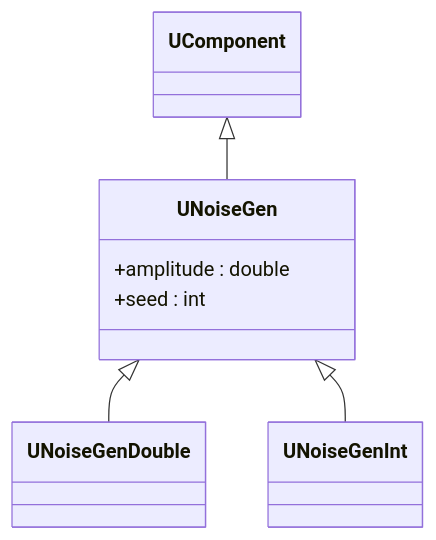
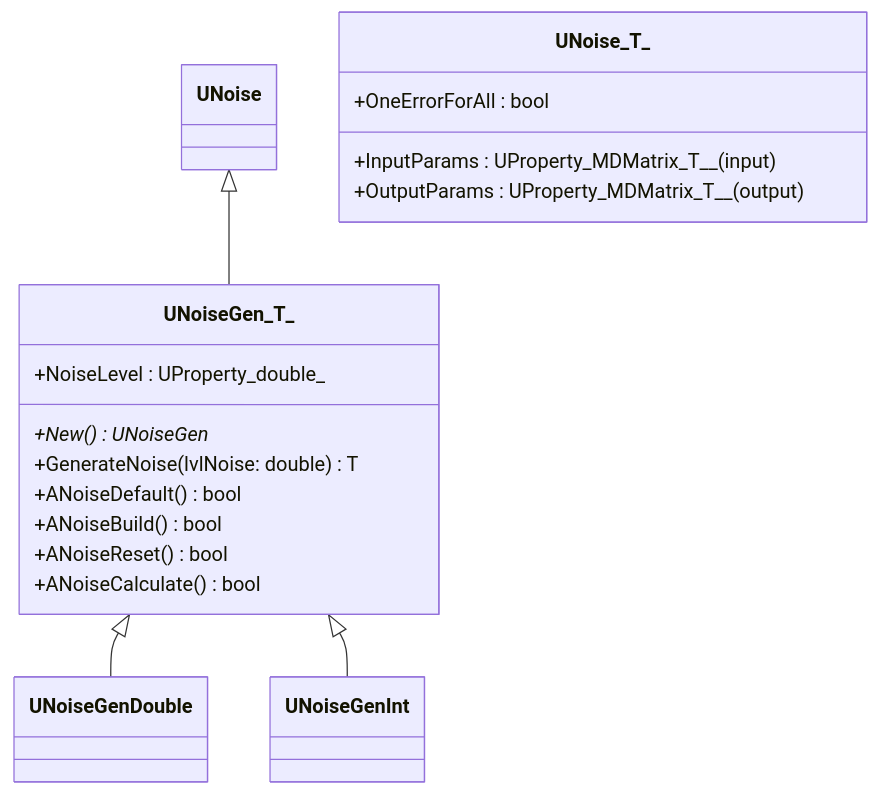
Before and after one commit to aicommunity/Rdk-BasicLib: the first of 5 diagrams in Docs/Components/UNoiseGen.md, drawn with Mermaid. The commit also changed other lines of this file and 14 other files, not shown here.

````diff
--- a/Docs/Components/UNoiseGen.md
+++ b/Docs/Components/UNoiseGen.md
@@ -8,10 +17,22 @@
 ```mermaid
 classDiagram
-    UComponent <|-- UNoiseGen
-    UNoiseGen <|-- UNoiseGenDouble
-    UNoiseGen <|-- UNoiseGenInt
-    class UNoiseGen {
-        +amplitude : double
-        +seed : int
+    UNoise <|-- UNoiseGen_T_
+    UNoiseGen_T_ <|-- UNoiseGenDouble
+    UNoiseGen_T_ <|-- UNoiseGenInt
+
+    class UNoise_T_ {
+        +InputParams : UProperty_MDMatrix_T__ (input)
+        +OutputParams : UProperty_MDMatrix_T__ (output)
+        +OneErrorForAll : bool
+    }
+
+    class UNoiseGen_T_ {
+        +NoiseLevel : UProperty_double_
+        +New() UNoiseGen*
+        +GenerateNoise(lvlNoise: double) T
+        +ANoiseDefault() bool
+        +ANoiseBuild() bool
+        +ANoiseReset() bool
+        +ANoiseCalculate() bool
     }
 ```
````
